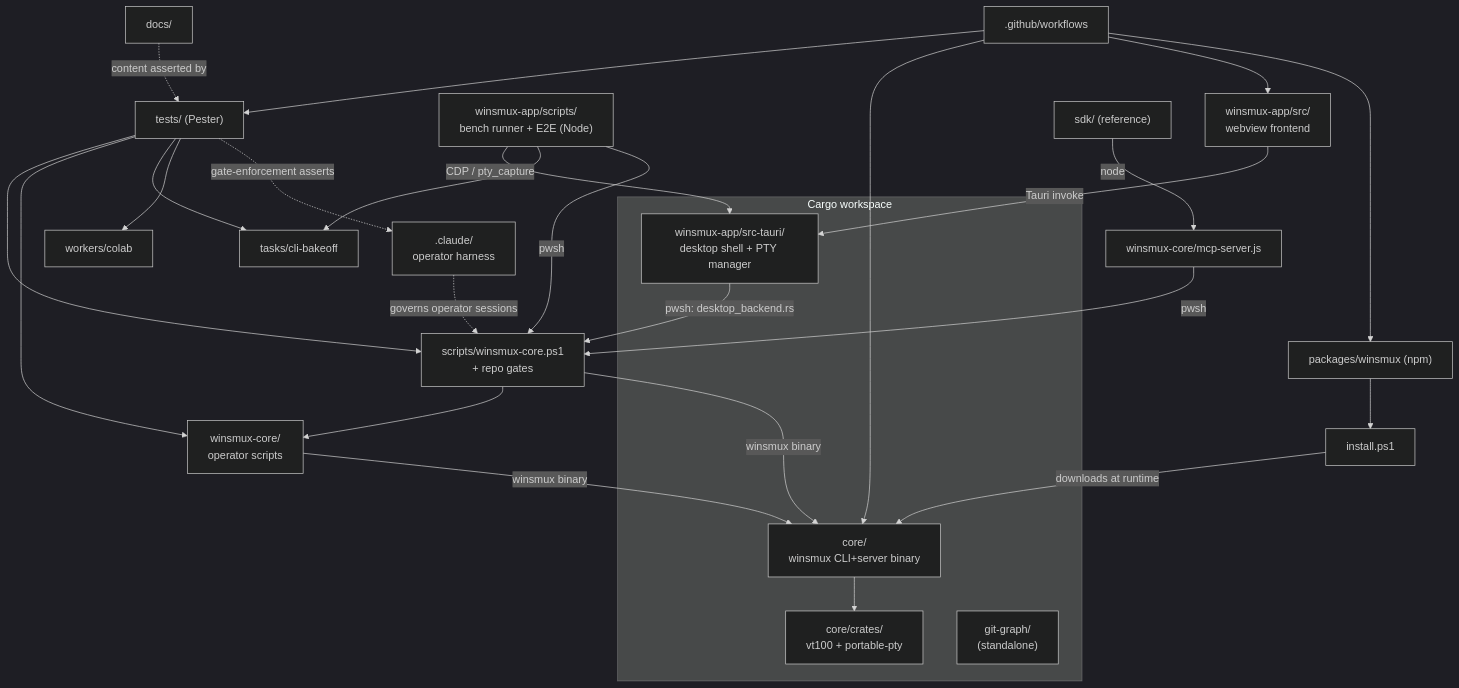
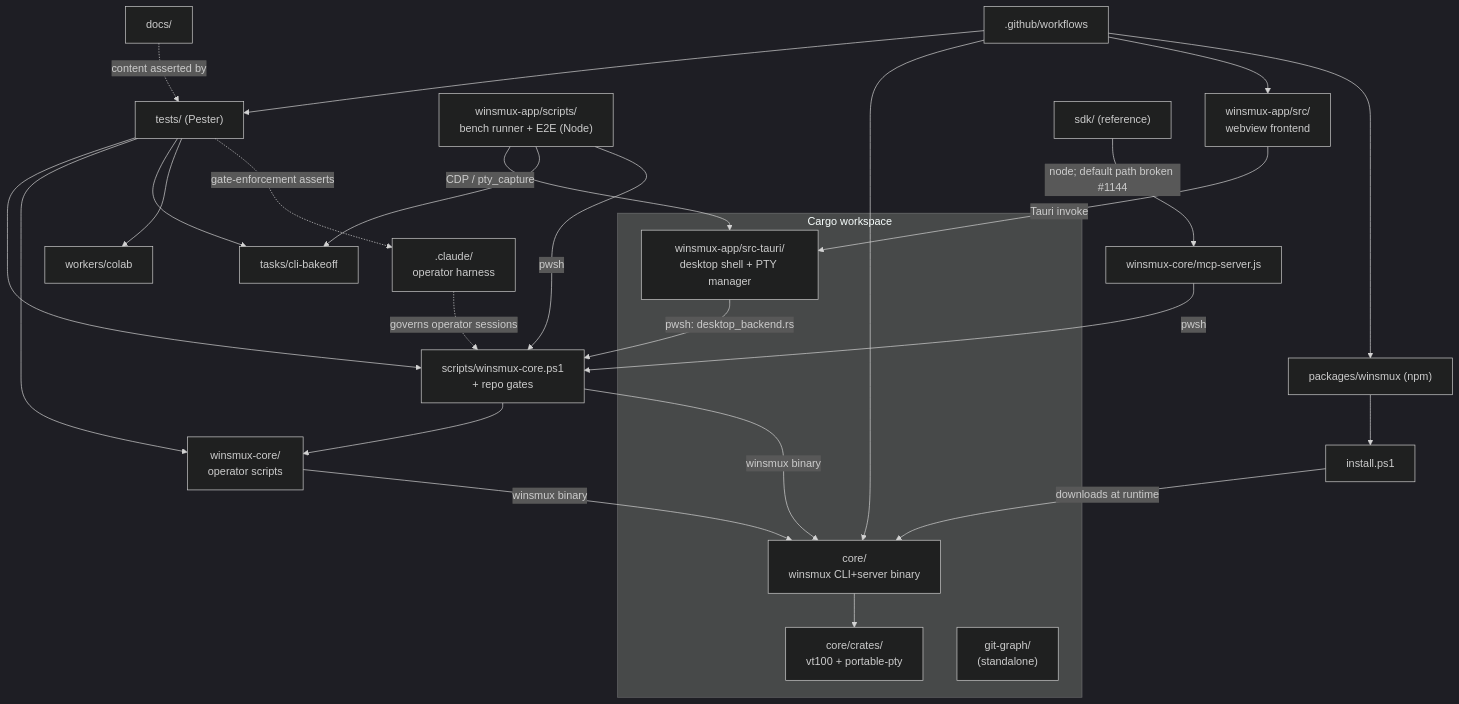
The diagram in docs/project/component-map.md (Sora-bluesky/winsmux), drawn with Mermaid (dark theme) before and after one commit. The commit also changed other lines of this file, not shown here.

Commit message:
docs(project): fix SDK default-path claim (bug #1144) and drop sole-resolver overstatement

````diff
--- a/docs/project/component-map.md
+++ b/docs/project/component-map.md
@@ -36,48 +36,48 @@
 ```mermaid
 graph TD
     subgraph rust["Cargo workspace"]
       core["core/<br/>winsmux CLI+server binary"]
       crates["core/crates/<br/>vt100 + portable-pty"]
       gitgraph["git-graph/<br/>(standalone)"]
       tauri["winsmux-app/src-tauri/<br/>desktop shell + PTY manager"]
     end
     frontend["winsmux-app/src/<br/>webview frontend"]
     runner["winsmux-app/scripts/<br/>bench runner + E2E (Node)"]
     wcore["winsmux-core/<br/>operator scripts"]
     mcpserver["winsmux-core/mcp-server.js"]
     claude[".claude/<br/>operator harness"]
     bridge["scripts/winsmux-core.ps1<br/>+ repo gates"]
     pester["tests/ (Pester)"]
     ci[".github/workflows"]
     pack["tasks/cli-bakeoff"]
     npmpkg["packages/winsmux (npm)"]
     installer["install.ps1"]
     docs["docs/"]
     sdk["sdk/ (reference)"]
     colab["workers/colab"]
 
     core --> crates
     frontend -->|Tauri invoke| tauri
     runner -->|CDP / pty_capture| tauri
     runner --> pack
     runner -->|pwsh| bridge
     tauri -->|pwsh: desktop_backend.rs| bridge
     bridge -->|winsmux binary| core
     bridge --> wcore
     wcore -->|winsmux binary| core
     mcpserver -->|pwsh| bridge
-    sdk -->|node| mcpserver
+    sdk -->|node; default path broken #1144| mcpserver
     pester --> bridge
     pester --> wcore
     pester --> pack
     pester --> colab
     ci --> pester
     ci --> core
     ci --> frontend
     ci --> npmpkg
     npmpkg --> installer
     installer -->|downloads at runtime| core
     claude -.->|governs operator sessions| bridge
     pester -.->|gate-enforcement asserts| claude
     docs -.->|content asserted by| pester
 ```
````
